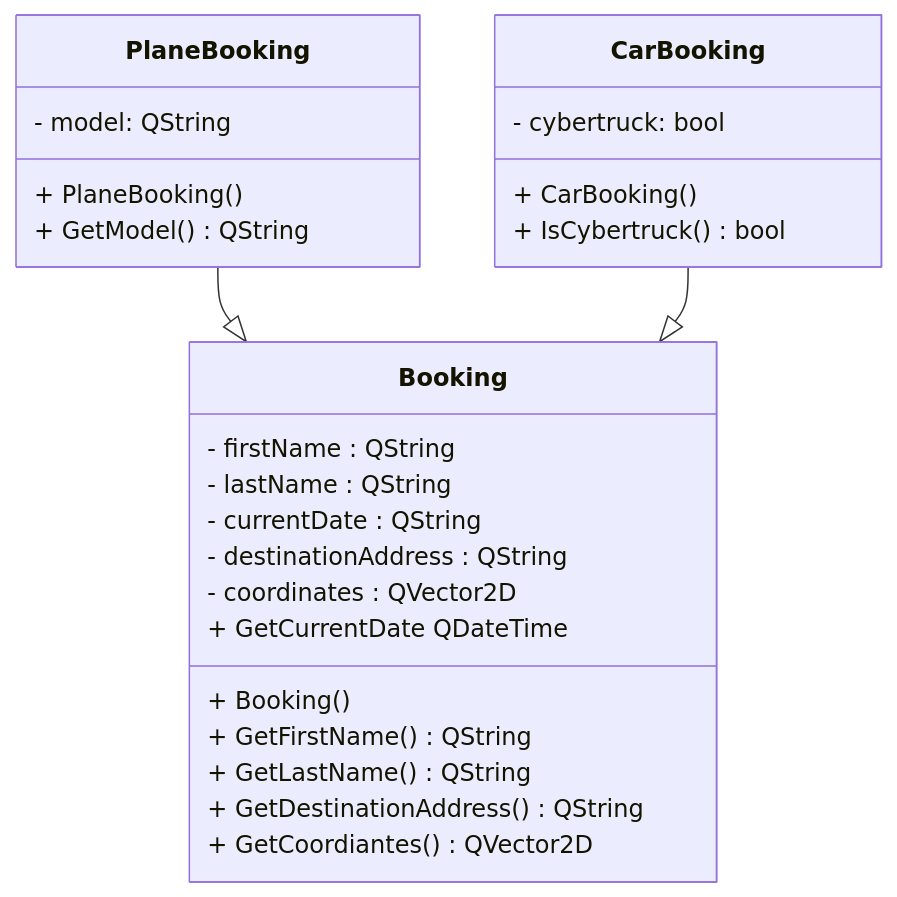
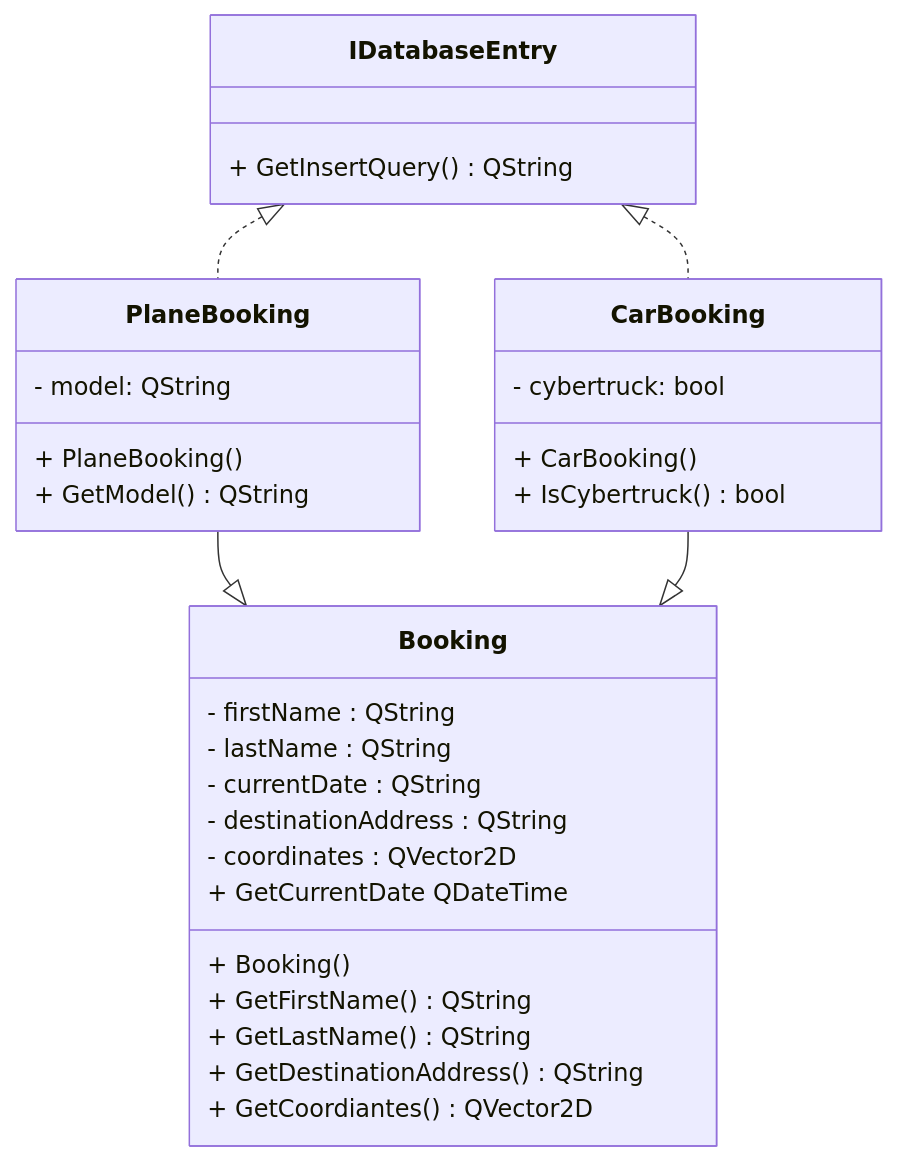
One commit to SUP3RBOB/project4_section1_group4 changed the first of 3 diagrams in README.md. Above: the diagram before and after it, drawn with Mermaid.

Commit message:
Added uml for IDatabaseQuery interface

````diff
--- a/README.md
+++ b/README.md
@@ -11,31 +11,37 @@
 ```mermaid
     classDiagram
         class Booking {
             + Booking()
             - firstName : QString
             - lastName : QString
             - currentDate : QString
             - destinationAddress : QString
             - coordinates : QVector2D
             + GetFirstName() QString
             + GetLastName() QString
             + GetCurrentDate QDateTime
             + GetDestinationAddress() QString
             + GetCoordiantes() QVector2D
         }
 
         class CarBooking {
             + CarBooking()
             - cybertruck: bool
             + IsCybertruck() bool
         }
 
         class PlaneBooking {
             + PlaneBooking()
             - model: QString
             + GetModel() QString
         }
 
+        class IDatabaseEntry {
+            + GetInsertQuery() QString
+        }
+
         PlaneBooking--|>Booking
         CarBooking--|>Booking
+        IDatabaseEntry <|.. PlaneBooking
+        IDatabaseEntry <|.. CarBooking
 ```
````
